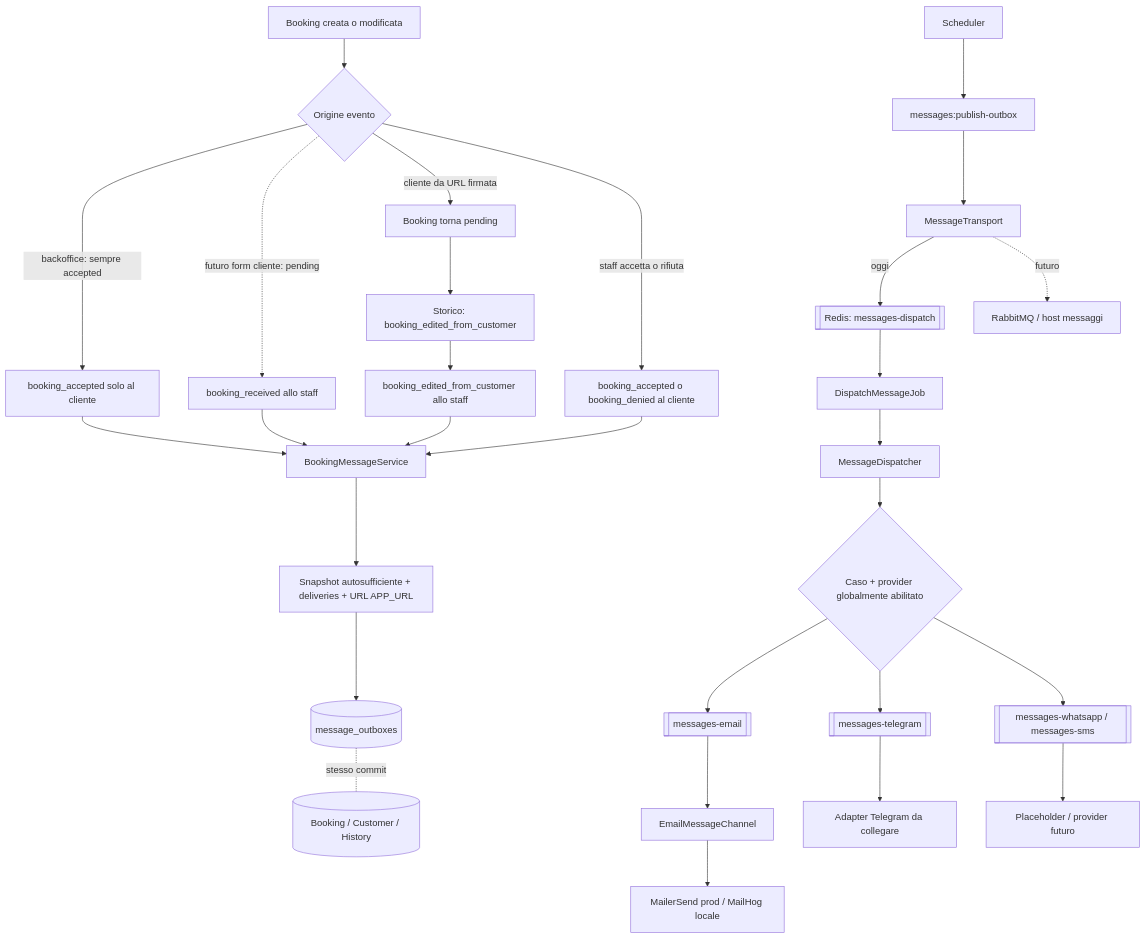
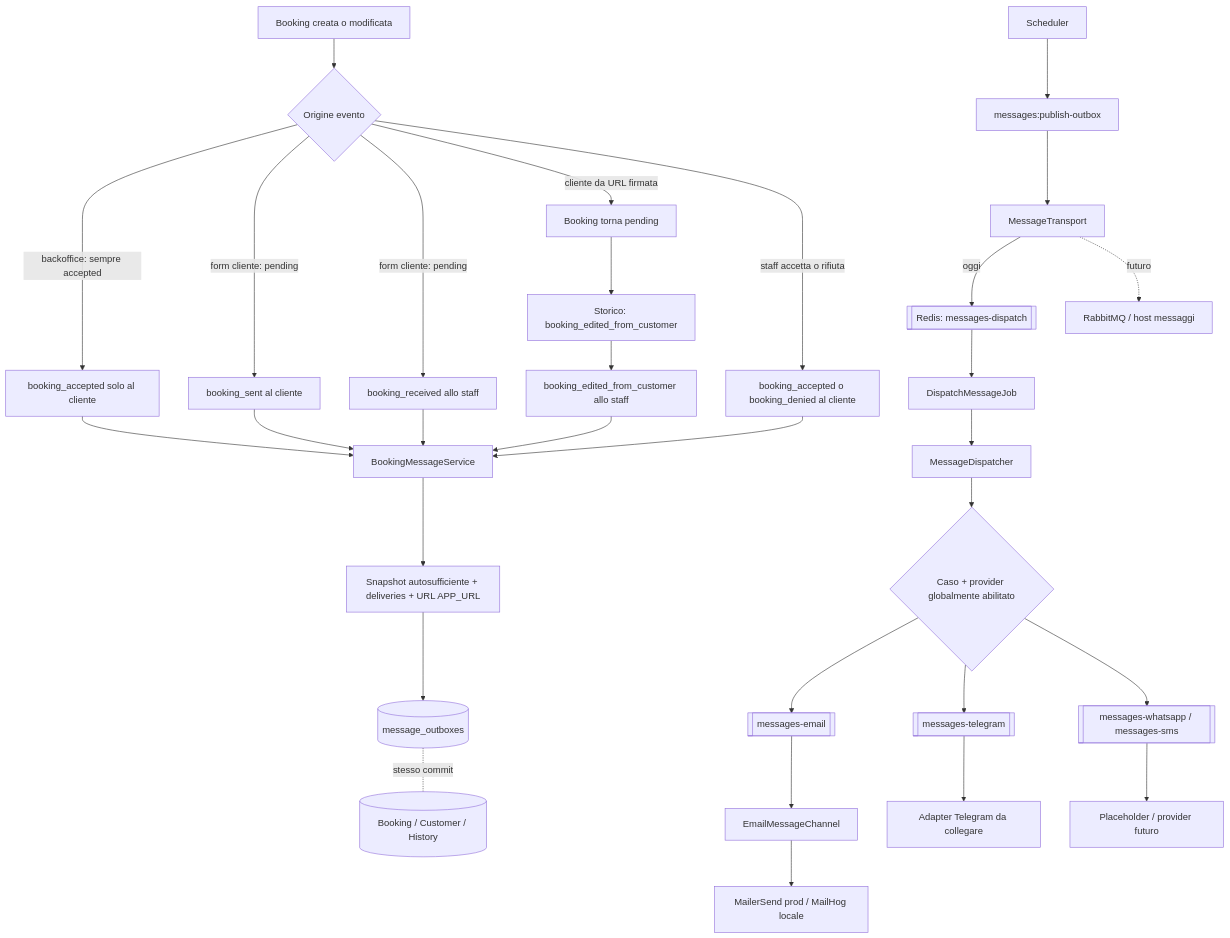
The diagram in code/docs/messaging-flow.md (Apolide/ristogenius-tenant), drawn with Mermaid before and after one commit. The commit also changed other lines of this file and 20 other files, not shown here.

````diff
--- a/code/docs/messaging-flow.md
+++ b/code/docs/messaging-flow.md
@@ -7,33 +7,35 @@
 ```mermaid
 flowchart TD
     A[Booking creata o modificata] --> B{Origine evento}
     B -->|backoffice: sempre accepted| C[booking_accepted solo al cliente]
-    B -.->|futuro form cliente: pending| D[booking_received allo staff]
+    B -->|form cliente: pending| D[booking_sent al cliente]
+    B -->|form cliente: pending| DB[booking_received allo staff]
     B -->|cliente da URL firmata| E[Booking torna pending]
     E --> F[Storico: booking_edited_from_customer]
     F --> G[booking_edited_from_customer allo staff]
     B -->|staff accetta o rifiuta| H[booking_accepted o booking_denied al cliente]
 
     C --> I[BookingMessageService]
     D --> I
+    DB --> I
     G --> I
     H --> I
     I --> J[Snapshot autosufficiente + deliveries + URL APP_URL]
     J --> K[(message_outboxes)]
     K -. stesso commit .- L[(Booking / Customer / History)]
 
     M[Scheduler] --> N[messages:publish-outbox]
     N --> O[MessageTransport]
     O -->|oggi| P[[Redis: messages-dispatch]]
     O -. futuro .-> Q[RabbitMQ / host messaggi]
     P --> R[DispatchMessageJob]
     R --> S[MessageDispatcher]
     S --> T{Caso + provider globalmente abilitato}
     T --> U[[messages-email]]
     T --> V[[messages-telegram]]
     T --> W[[messages-whatsapp / messages-sms]]
     U --> X[EmailMessageChannel]
     V --> Y[Adapter Telegram da collegare]
     W --> Z[Placeholder / provider futuro]
     X --> AA[MailerSend prod / MailHog locale]
 ```
````
